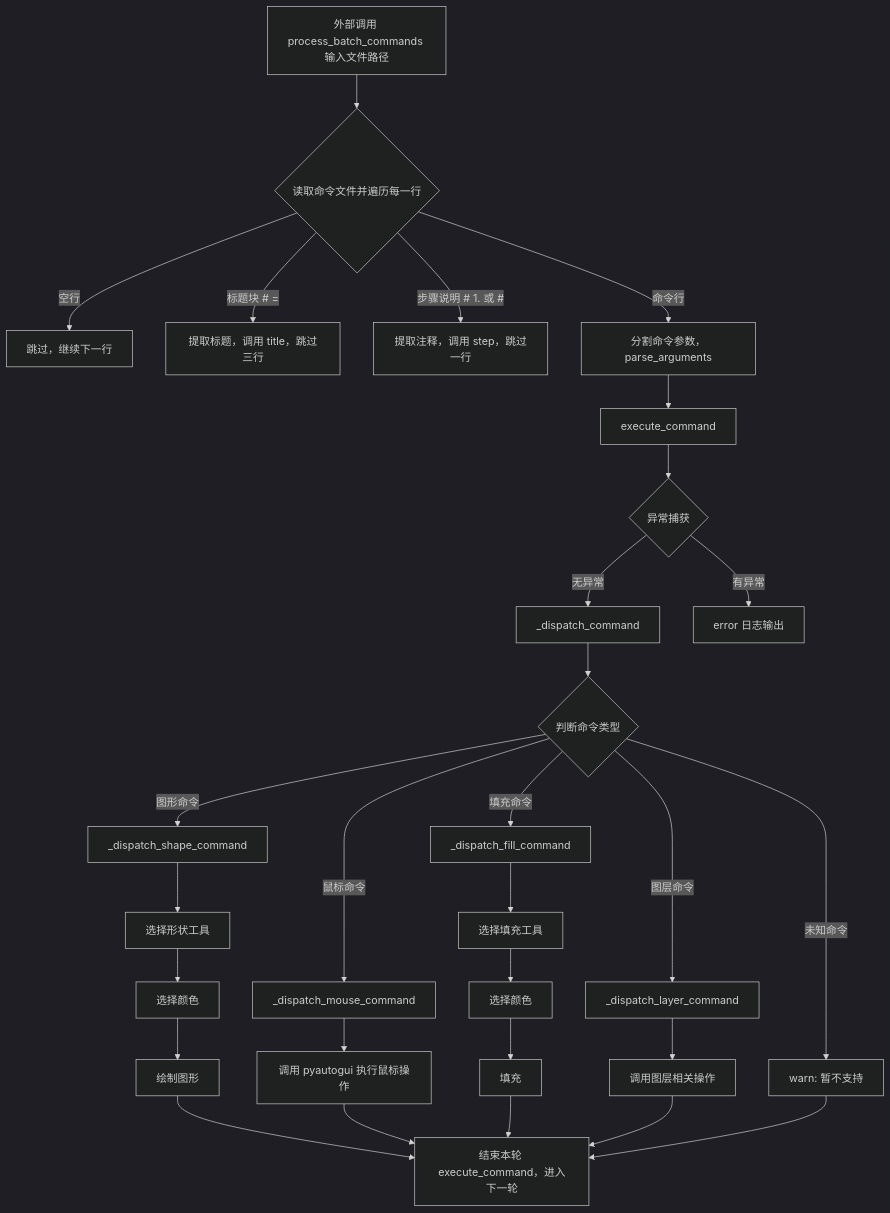
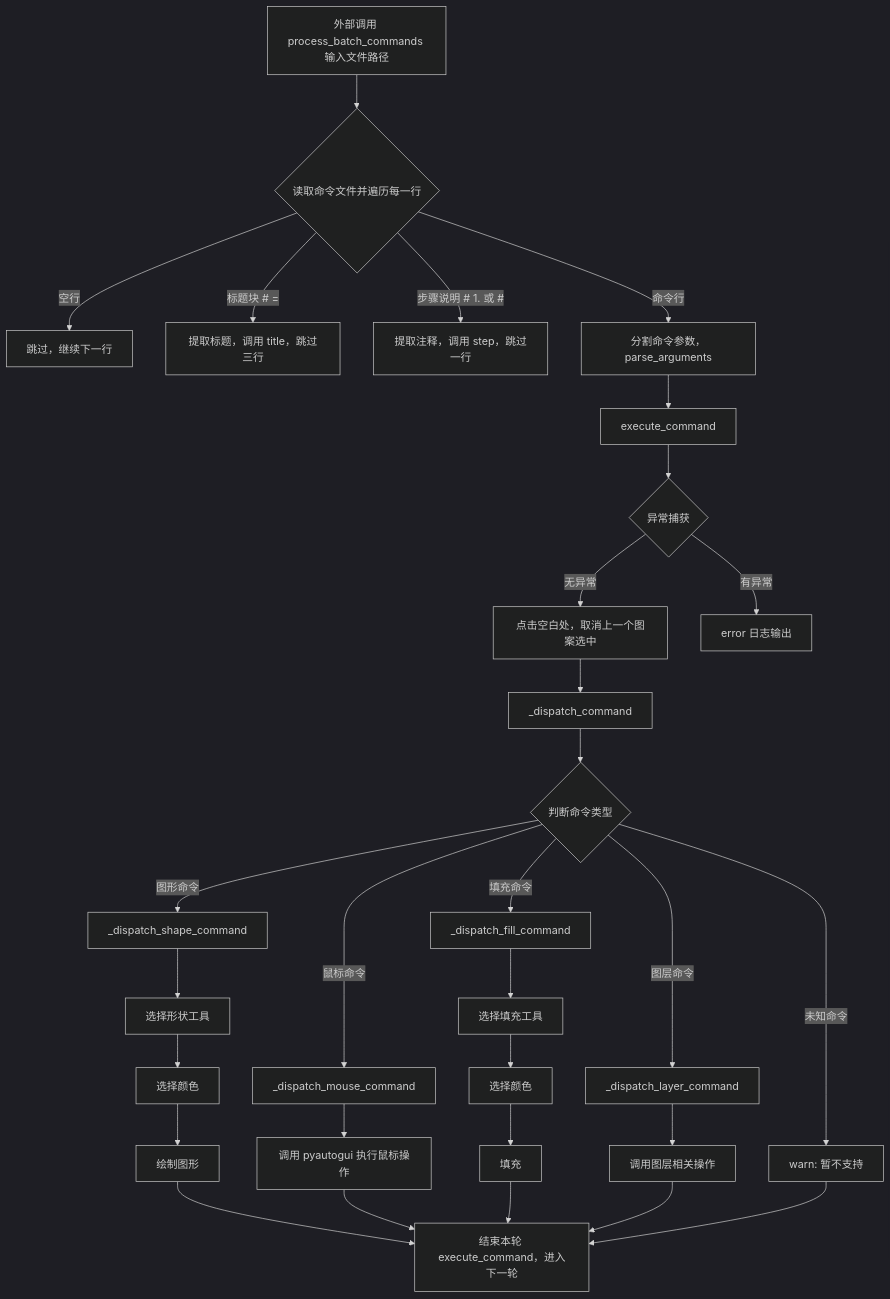
The diagram in document/流程图.md (buaa23371212/ThePainter), drawn with Mermaid (dark theme) before and after one commit. The commit also changed 11 other files, not shown here.

````diff
--- a/document/流程图.md
+++ b/document/流程图.md
@@ -1,34 +1,35 @@
 ```mermaid
 flowchart TD
     A[外部调用 process_batch_commands 输入文件路径 ] --> B{读取命令文件并遍历每一行}
     B --> |空行| C[跳过，继续下一行]
     B --> |标题块 # = | D[提取标题，调用 title，跳过三行]
     B --> |步骤说明 # 1. 或 # | E[提取注释，调用 step，跳过一行]
     B --> |命令行| F[分割命令参数，parse_arguments]
     F --> G[execute_command]
     G --> H{异常捕获}
-    H --> |无异常| I[_dispatch_command]
+    H --> |无异常| I1[点击空白处，取消上一个图案选中]
+    I1 --> I2[_dispatch_command]
     H --> |有异常| J[error 日志输出]
-    I --> K{判断命令类型}
+    I2 --> K{判断命令类型}
     K --> |图形命令| L[_dispatch_shape_command]
     K --> |填充命令| M[_dispatch_fill_command]
     K --> |鼠标命令| N[_dispatch_mouse_command]
     K --> |图层命令| O[_dispatch_layer_command]
     K --> |未知命令| P[warn: 暂不支持]
     N --> Q[调用 pyautogui 执行鼠标操作]
 
     L --> R1[选择形状工具]
     R1 --> R2[选择颜色]
     R2 --> R3[绘制图形]
 
     M --> S1[选择填充工具]
     S1 --> S2[选择颜色]
     S2 --> S3[填充]
 
     O --> T[调用图层相关操作]
     R3 --> U[结束本轮 execute_command，进入下一轮]
     Q --> U
     S3 --> U
     T --> U
     P --> U
 ```
````
